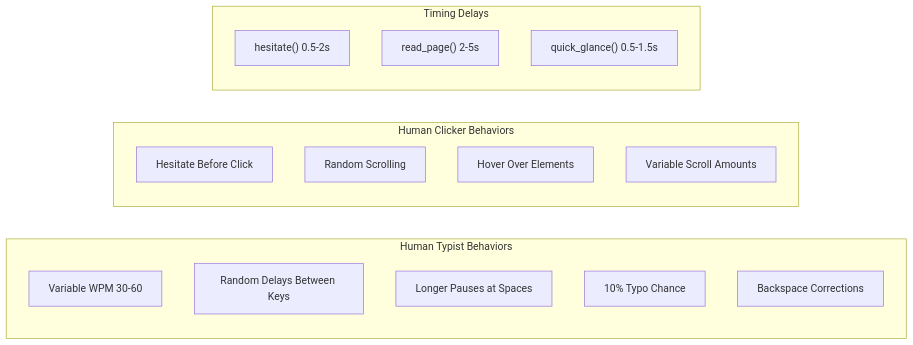
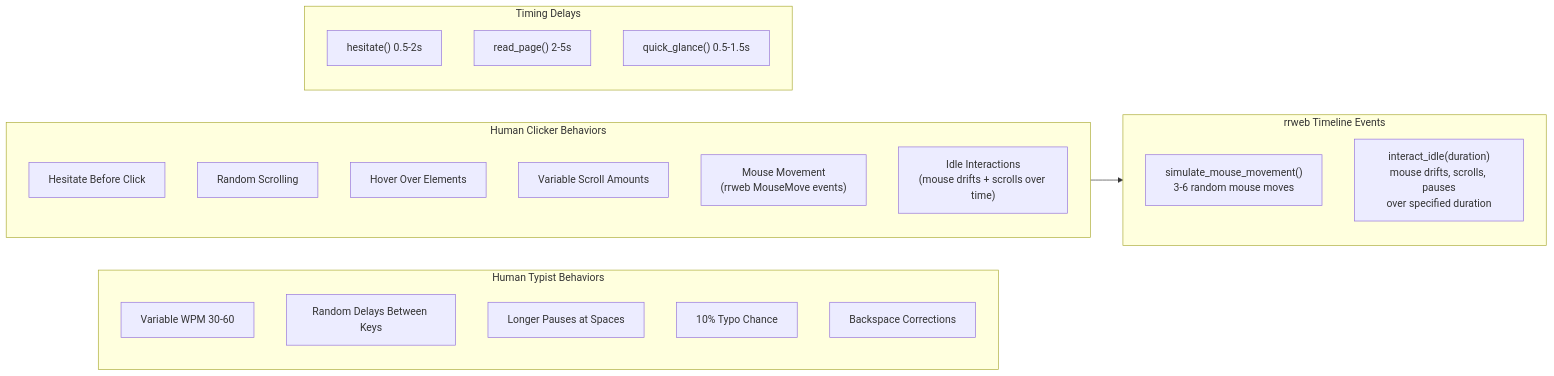
Before and after one commit to ttotenberg-ld/launchdarkly-fullstack-o11y-populator: the third of 9 diagrams in agents/simulator-diagram.md, drawn with Mermaid. The commit also changed other lines of this file, not shown here.

Commit message:
updated simulator diagram

````diff
--- a/agents/simulator-diagram.md
+++ b/agents/simulator-diagram.md
@@ -146,23 +184,32 @@
 ```mermaid
 flowchart LR
     subgraph HumanTypist["Human Typist Behaviors"]
         T1[Variable WPM 30-60]
         T2[Random Delays Between Keys]
         T3[Longer Pauses at Spaces]
         T4[10% Typo Chance]
         T5[Backspace Corrections]
     end
 
     subgraph HumanClicker["Human Clicker Behaviors"]
         C1[Hesitate Before Click]
         C2[Random Scrolling]
         C3[Hover Over Elements]
         C4[Variable Scroll Amounts]
+        C5["Mouse Movement<br/>(rrweb MouseMove events)"]
+        C6["Idle Interactions<br/>(mouse drifts + scrolls over time)"]
     end
 
     subgraph Timing["Timing Delays"]
         D1["hesitate() 0.5-2s"]
         D2["read_page() 2-5s"]
         D3["quick_glance() 0.5-1.5s"]
     end
+
+    subgraph RRWeb["rrweb Timeline Events"]
+        R1["simulate_mouse_movement()<br/>3-6 random mouse moves"]
+        R2["interact_idle(duration)<br/>mouse drifts, scrolls, pauses<br/>over specified duration"]
+    end
+
+    HumanClicker --> RRWeb
 ```
````
